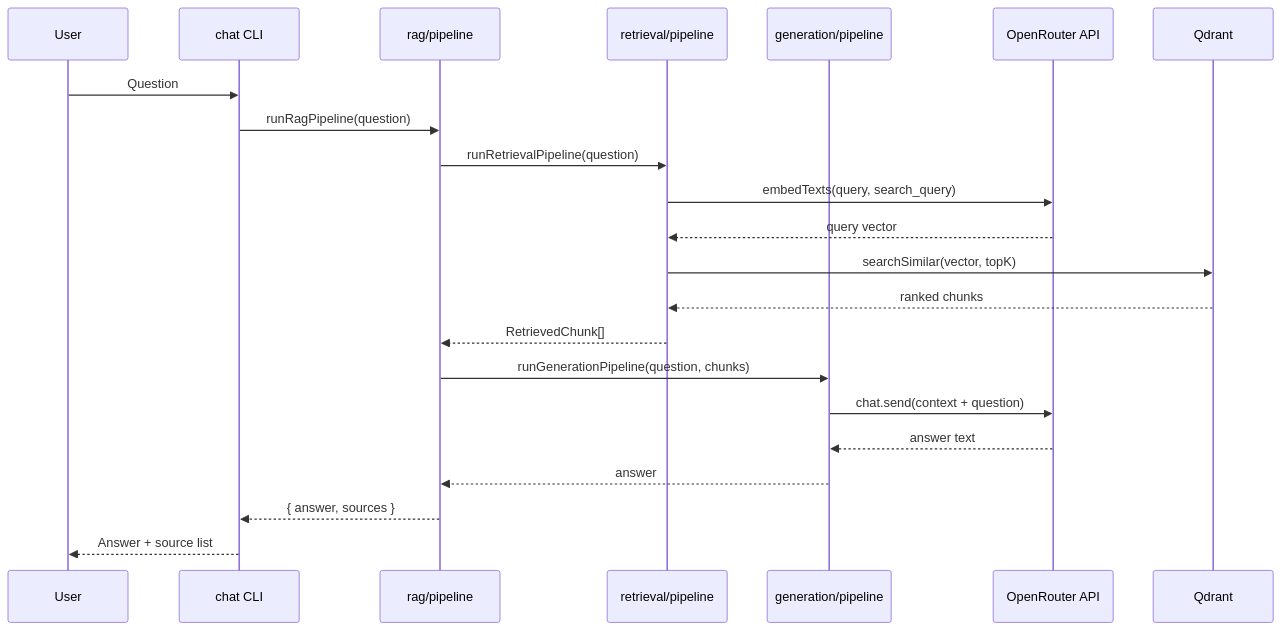
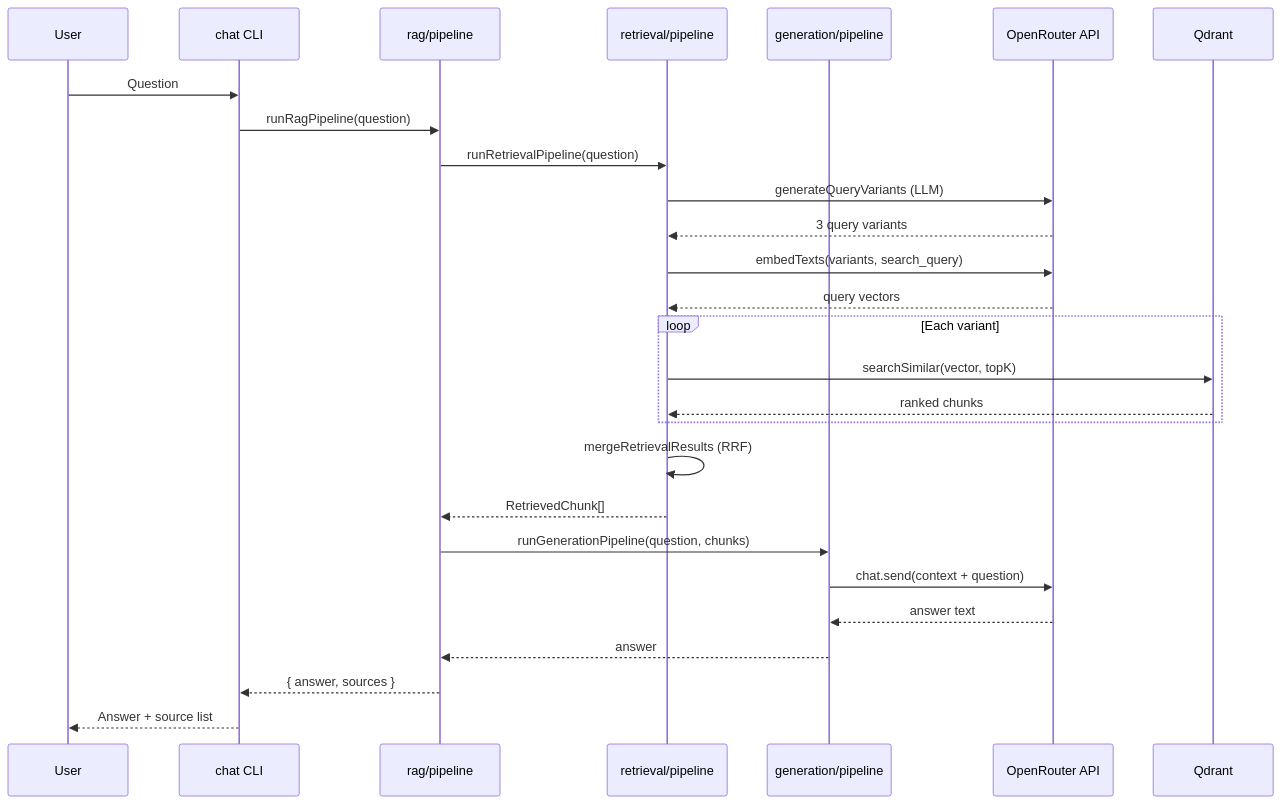
The second of 2 diagrams in README.md (osamaKhan99/pdf-ingestion-pipeline), drawn with Mermaid before and after one commit. The commit also changed other lines of this file and 16 other files, not shown here.

Commit message:
V2: added multi query retrieval, hybrid search, reranking methods

````diff
--- a/README.md
+++ b/README.md
@@ -59,25 +70,30 @@
 ```mermaid
 sequenceDiagram
     participant User
     participant CLI as chat CLI
     participant RAG as rag/pipeline
     participant Ret as retrieval/pipeline
     participant Gen as generation/pipeline
     participant OR as OpenRouter API
     participant Q as Qdrant
 
     User->>CLI: Question
     CLI->>RAG: runRagPipeline(question)
     RAG->>Ret: runRetrievalPipeline(question)
-    Ret->>OR: embedTexts(query, search_query)
-    OR-->>Ret: query vector
-    Ret->>Q: searchSimilar(vector, topK)
-    Q-->>Ret: ranked chunks
+    Ret->>OR: generateQueryVariants (LLM)
+    OR-->>Ret: 3 query variants
+    Ret->>OR: embedTexts(variants, search_query)
+    OR-->>Ret: query vectors
+    loop Each variant
+        Ret->>Q: searchSimilar(vector, topK)
+        Q-->>Ret: ranked chunks
+    end
+    Ret->>Ret: mergeRetrievalResults (RRF)
     Ret-->>RAG: RetrievedChunk[]
     RAG->>Gen: runGenerationPipeline(question, chunks)
     Gen->>OR: chat.send(context + question)
     OR-->>Gen: answer text
     Gen-->>RAG: answer
     RAG-->>CLI: { answer, sources }
     CLI-->>User: Answer + source list
 ```
````
